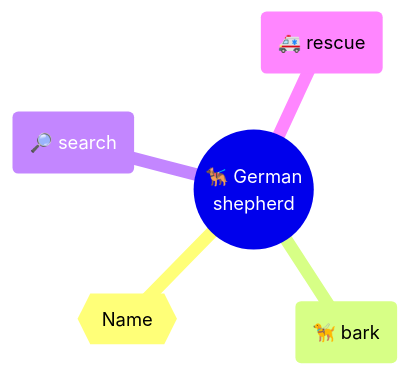
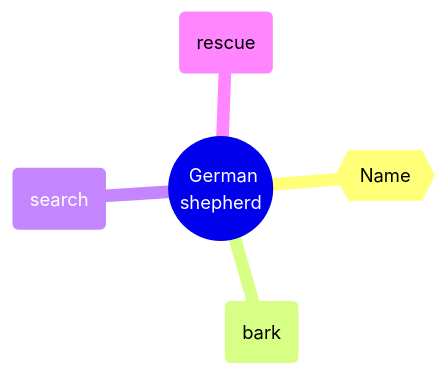
One commit to aruncs31s/Coding-Notes changed the third of 9 diagrams in Python/Concepts/Object Oriented Programming Python.md. Above: the diagram before and after it, drawn with Mermaid. The commit also changed other lines of this file and 45 other files, not shown here.

````diff
--- a/Python/Concepts/Object Oriented Programming Python.md
+++ b/Python/Concepts/Object Oriented Programming Python.md
@@ -429,10 +429,10 @@
 ```mermaid
 mindmap
-	root((🐕‍🦺 German
+	root((‍ German
 			shepherd))
 		{{Name}}
-		(🦮 bark)
-		(🔎 search)
-		(🚑 rescue)
+		( bark)
+		( search)
+		( rescue)
 
 ```
````
